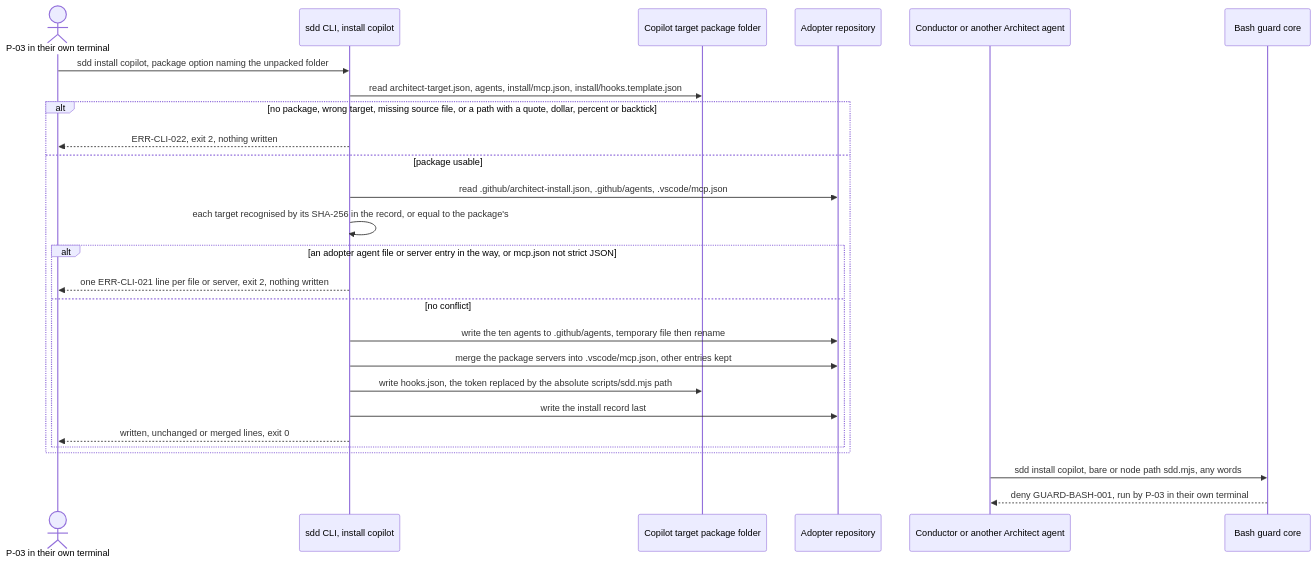
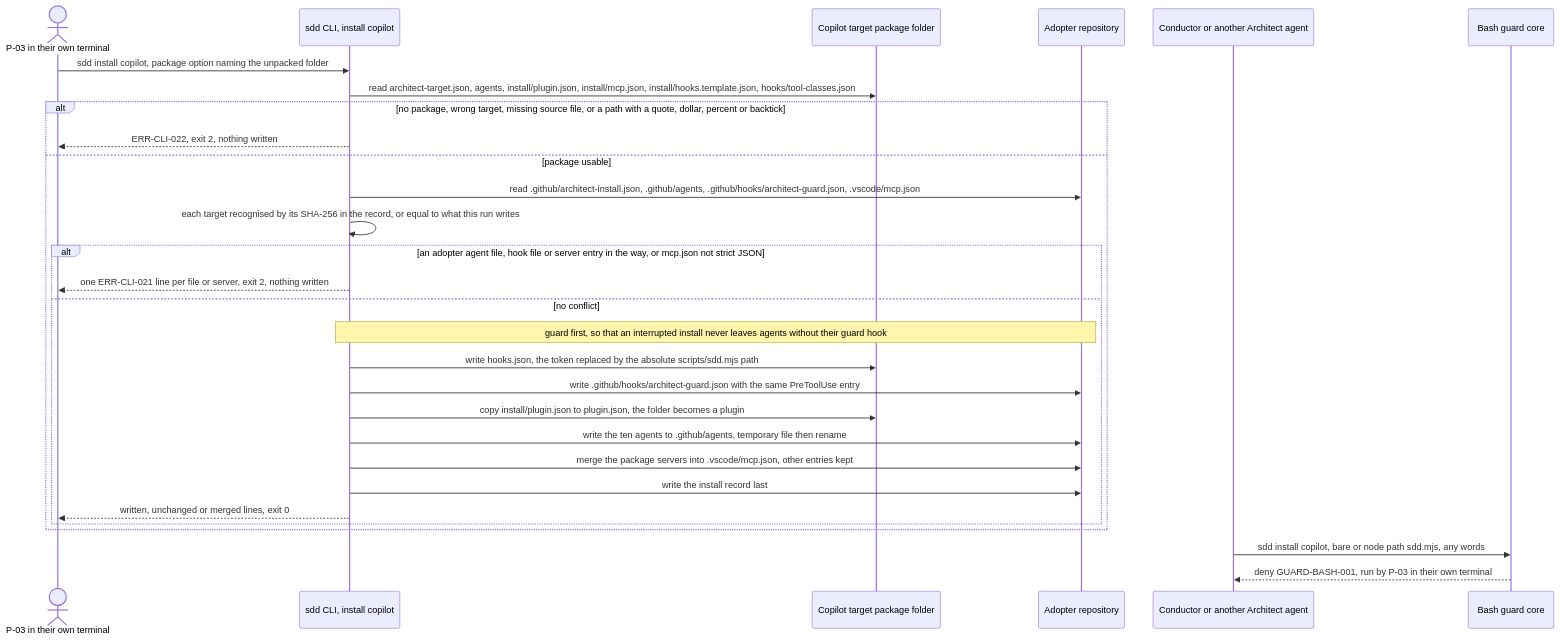
One commit to jlacube/spec-architect changed diagram 14 of 15 in .sdd/002-multi-platform-targets/10-spec/60-architecture/architecture.md. Above: the diagram before and after it, drawn with Mermaid. The commit also changed other lines of this file and 14 other files, not shown here.

Commit message:
CHG-002: D-003 fix round (architect) — Copilot subagent guard hook in IF-008 §2 (8 rules, GUARD-HOOK-002), guard written beside the agents by sdd install (CR-38), install/plugin.json gating, CR-39 items

````diff
--- a/.sdd/002-multi-platform-targets/10-spec/60-architecture/architecture.md
+++ b/.sdd/002-multi-platform-targets/10-spec/60-architecture/architecture.md
@@ -824,29 +844,32 @@
 ```mermaid
 sequenceDiagram
-  %% F13 sdd install copilot. Realizes C002-REQ-322 C002-REQ-323 C002-REQ-324 C002-REQ-325 C002-REQ-326, scenarios to be added by the test-designer
+  %% F13 sdd install copilot. Realizes C002-TS-341 C002-TS-342 C002-TS-343 C002-TS-344 C002-TS-345 C002-TS-346 C002-TS-347 C002-TS-348 C002-TS-349 C002-TS-350 C002-TS-351 C002-TS-352 C002-TS-353 C002-TS-354 C002-TS-356
   actor P03 as P-03 in their own terminal
   participant C002_COMP_018 as sdd CLI, install copilot
   participant C002_COMP_004 as Copilot target package folder
   participant REPO as Adopter repository
   participant C002_COMP_014 as Conductor or another Architect agent
   participant C002_COMP_012 as Bash guard core
   P03->>C002_COMP_018: sdd install copilot, package option naming the unpacked folder
-  C002_COMP_018->>C002_COMP_004: read architect-target.json, agents, install/mcp.json, install/hooks.template.json
+  C002_COMP_018->>C002_COMP_004: read architect-target.json, agents, install/plugin.json, install/mcp.json, install/hooks.template.json, hooks/tool-classes.json
   alt no package, wrong target, missing source file, or a path with a quote, dollar, percent or backtick
     C002_COMP_018-->>P03: ERR-CLI-022, exit 2, nothing written
   else package usable
-    C002_COMP_018->>REPO: read .github/architect-install.json, .github/agents, .vscode/mcp.json
-    C002_COMP_018->>C002_COMP_018: each target recognised by its SHA-256 in the record, or equal to the package's
-    alt an adopter agent file or server entry in the way, or mcp.json not strict JSON
+    C002_COMP_018->>REPO: read .github/architect-install.json, .github/agents, .github/hooks/architect-guard.json, .vscode/mcp.json
+    C002_COMP_018->>C002_COMP_018: each target recognised by its SHA-256 in the record, or equal to what this run writes
+    alt an adopter agent file, hook file or server entry in the way, or mcp.json not strict JSON
       C002_COMP_018-->>P03: one ERR-CLI-021 line per file or server, exit 2, nothing written
     else no conflict
+      Note over C002_COMP_018,REPO: guard first, so that an interrupted install never leaves agents without their guard hook
+      C002_COMP_018->>C002_COMP_004: write hooks.json, the token replaced by the absolute scripts/sdd.mjs path
+      C002_COMP_018->>REPO: write .github/hooks/architect-guard.json with the same PreToolUse entry
+      C002_COMP_018->>C002_COMP_004: copy install/plugin.json to plugin.json, the folder becomes a plugin
       C002_COMP_018->>REPO: write the ten agents to .github/agents, temporary file then rename
       C002_COMP_018->>REPO: merge the package servers into .vscode/mcp.json, other entries kept
-      C002_COMP_018->>C002_COMP_004: write hooks.json, the token replaced by the absolute scripts/sdd.mjs path
       C002_COMP_018->>REPO: write the install record last
       C002_COMP_018-->>P03: written, unchanged or merged lines, exit 0
     end
   end
   C002_COMP_014->>C002_COMP_012: sdd install copilot, bare or node path sdd.mjs, any words
   C002_COMP_012-->>C002_COMP_014: deny GUARD-BASH-001, run by P-03 in their own terminal
 ```
````
